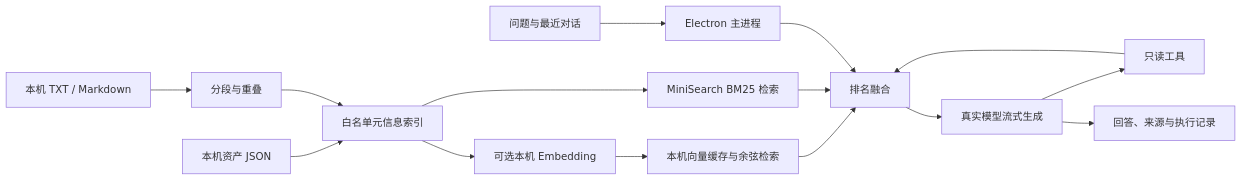
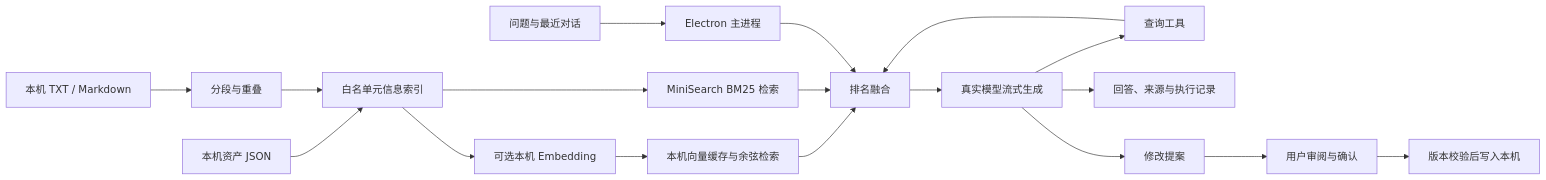
One commit to Songwo/nanpad changed the diagram in docs/AGENT-RAG.md. Above: the diagram before and after it, drawn with Mermaid. The commit also changed other lines of this file and 158 other files, not shown here.

````diff
--- a/docs/AGENT-RAG.md
+++ b/docs/AGENT-RAG.md
@@ -18,17 +18,20 @@
 ```mermaid
 flowchart LR
   Q[问题与最近对话] --> IPC[Electron 主进程]
   A[本机资产 JSON] --> I[白名单元信息索引]
   D[本机 TXT / Markdown] --> C[分段与重叠]
   C --> I
   I --> R[MiniSearch BM25 检索]
   I --> E[可选本机 Embedding]
   E --> V[本机向量缓存与余弦检索]
   V --> H[排名融合]
   R --> H
   IPC --> H
   H --> L[真实模型流式生成]
-  L --> T[只读工具]
+  L --> T[查询工具]
   T --> H
   L --> O[回答、来源与执行记录]
+  L --> P[修改提案]
+  P --> U[用户审阅与确认]
+  U --> W[版本校验后写入本机]
 ```
````
